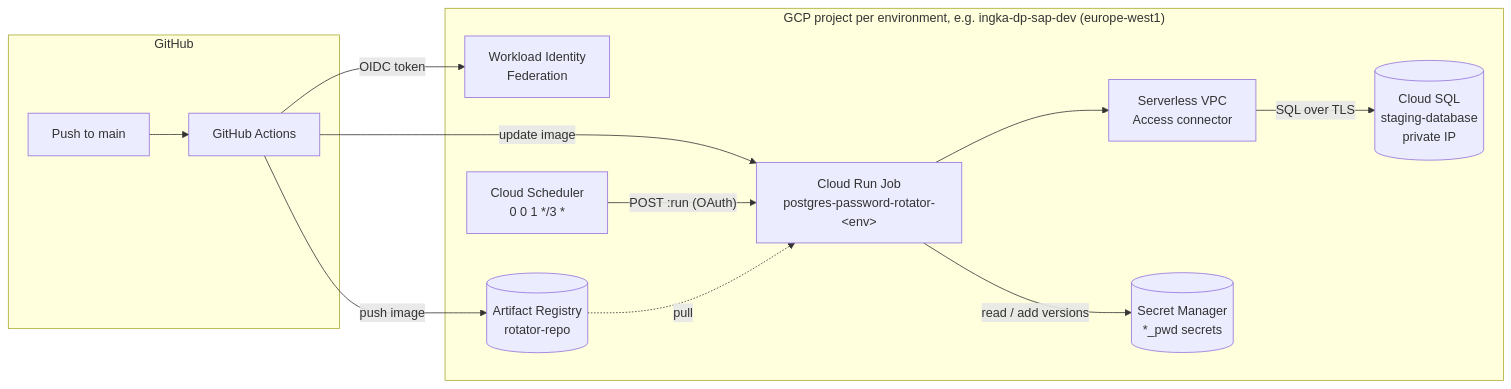
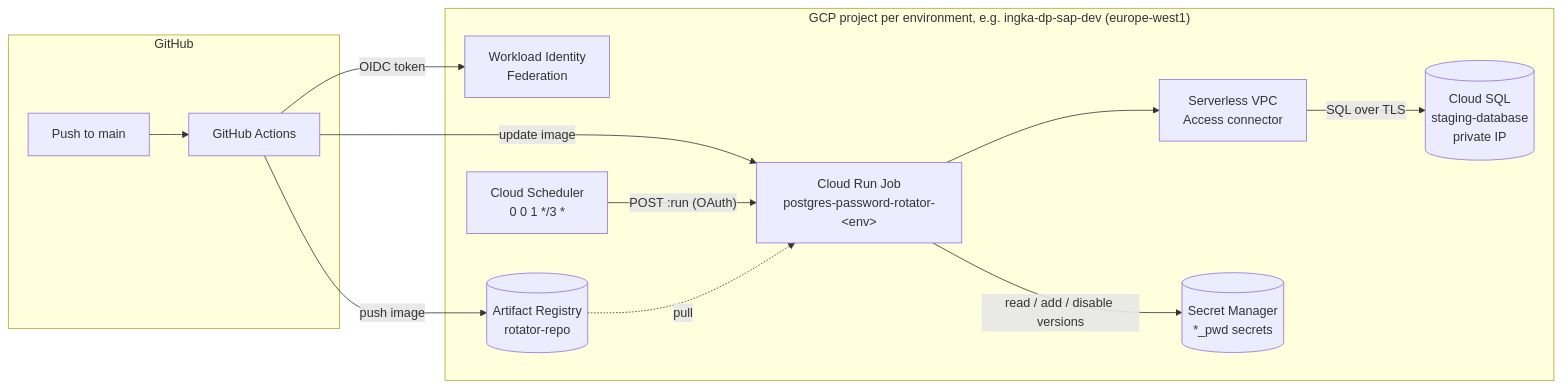
Before and after one commit to Sarank-tech/gcp-postgres-password-rotator: the first of 2 diagrams in ARCHITECTURE.md, drawn with Mermaid. The commit also changed other lines of this file and 3 other files, not shown here.

First line of the commit message:
rotator: disable previous secret versions after a successful rotation

````diff
--- a/ARCHITECTURE.md
+++ b/ARCHITECTURE.md
@@ -18,22 +18,22 @@
 ```mermaid
 flowchart LR
     subgraph GitHub
         GH[Push to main] --> GA[GitHub Actions]
     end
     subgraph GCP["GCP project per environment, e.g. ingka-dp-sap-dev (europe-west1)"]
         WIF[Workload Identity<br/>Federation]
         AR[(Artifact Registry<br/>rotator-repo)]
         SCH[Cloud Scheduler<br/>0 0 1 */3 *]
         JOB[Cloud Run Job<br/>postgres-password-rotator-&lt;env&gt;]
         VPCC[Serverless VPC<br/>Access connector]
         SQL[(Cloud SQL<br/>staging-database<br/>private IP)]
         SM[(Secret Manager<br/>*_pwd secrets)]
     end
     GA -- OIDC token --> WIF
     GA -- push image --> AR
     GA -- update image --> JOB
     SCH -- "POST :run (OAuth)" --> JOB
     AR -. pull .-> JOB
-    JOB -- read / add versions --> SM
+    JOB -- read / add / disable versions --> SM
     JOB --> VPCC -- "SQL over TLS" --> SQL
 ```
````
